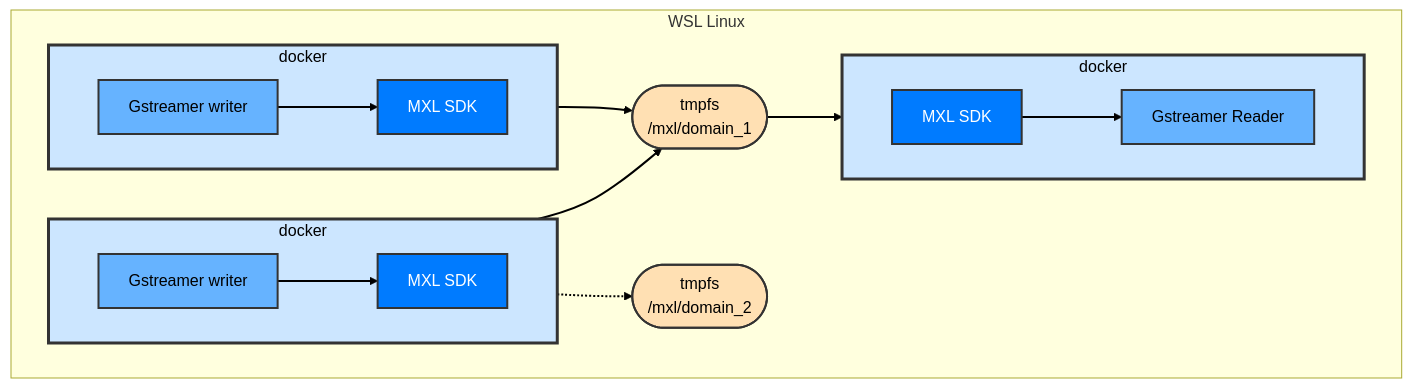
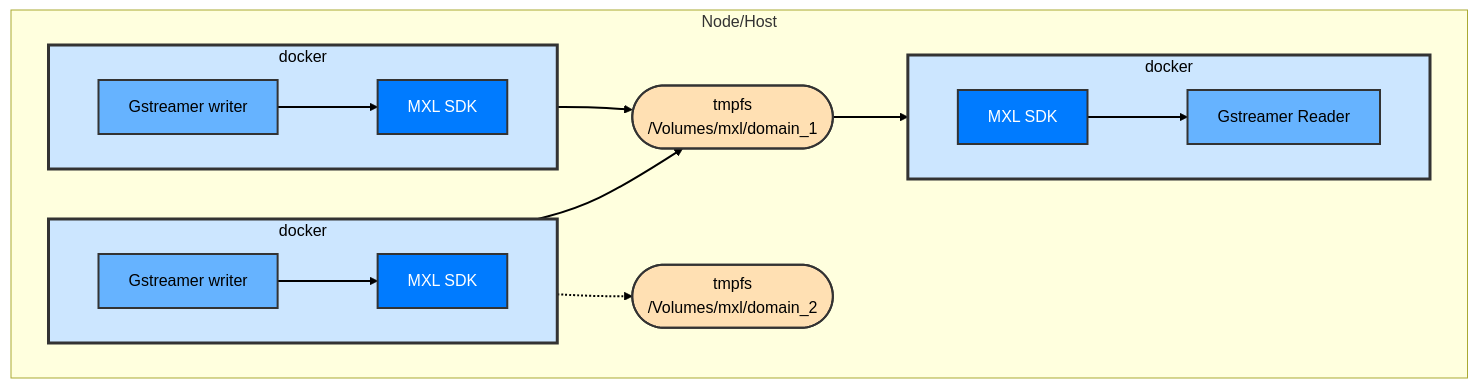
One commit to cbcrc/mxl-hands-on changed the diagram in Exercises/Exercise2.md. Above: the diagram before and after it, drawn with Mermaid. The commit also changed other lines of this file and 8 other files, not shown here.

````diff
--- a/Exercises/Exercise2.md
+++ b/Exercises/Exercise2.md
@@ -8,49 +8,49 @@
 ```mermaid
    graph
       direction LR
-         subgraph WSL Linux
+         subgraph Node/Host
             subgraph docker_writer_1 [docker]
                   direction LR
                   gstreamer_writer_1[Gstreamer writer]
                   mxl_sdk_writer_1[MXL SDK]
                   gstreamer_writer_1 --> mxl_sdk_writer_1
             end
              
              subgraph docker_writer_2 [docker]
                   direction LR
                   gstreamer_writer_2[Gstreamer writer]
                   mxl_sdk_writer_2[MXL SDK]
                   gstreamer_writer_2 --> mxl_sdk_writer_2
             end
 
             subgraph docker_reader [docker]
                   direction LR
                   gstreamer_reader[Gstreamer Reader]
                   mxl_sdk_reader[MXL SDK]
                   mxl_sdk_reader --> gstreamer_reader
             end
 
-            tmpfs([tmpfs<br>/mxl/domain_1])
+            tmpfs([tmpfs<br>/Volumes/mxl/domain_1])
 
-            tmpfs2([tmpfs<br>/mxl/domain_2])
+            tmpfs2([tmpfs<br>/Volumes/mxl/domain_2])
 
             mxl_sdk_writer_1 --> tmpfs
             mxl_sdk_writer_2 --> tmpfs
             mxl_sdk_writer_2 -.-> tmpfs2
             tmpfs --> mxl_sdk_reader
          end
 
          %% Styling
          linkStyle default stroke:black,stroke-width:2px
          style docker_writer_1 fill:#cce6ff,color:black,stroke:#333,stroke-width:3px
          style docker_writer_2 fill:#cce6ff,color:black,stroke:#333,stroke-width:3px
          style docker_reader fill:#cce6ff,color:black,stroke:#333,stroke-width:3px
          style gstreamer_writer_1 fill:#66b3ff,color:black,stroke:#333,stroke-width:2px
          style gstreamer_writer_2 fill:#66b3ff,color:black,stroke:#333,stroke-width:2px
          style gstreamer_reader fill:#66b3ff,color:black,stroke:#333,stroke-width:2px
          style mxl_sdk_writer_1 fill:#007bff,color:black,stroke:#333,stroke-width:2px,color:#fff
          style mxl_sdk_writer_2 fill:#007bff,color:black,stroke:#333,stroke-width:2px,color:#fff
          style mxl_sdk_reader fill:#007bff,color:black,stroke:#333,stroke-width:2px,color:#fff
          style tmpfs fill:#ffe0b3,color:black,stroke:#333,stroke-width:2px
          style tmpfs2 fill:#ffe0b3,color:black,stroke:#333,stroke-width:2px
 ```
````
